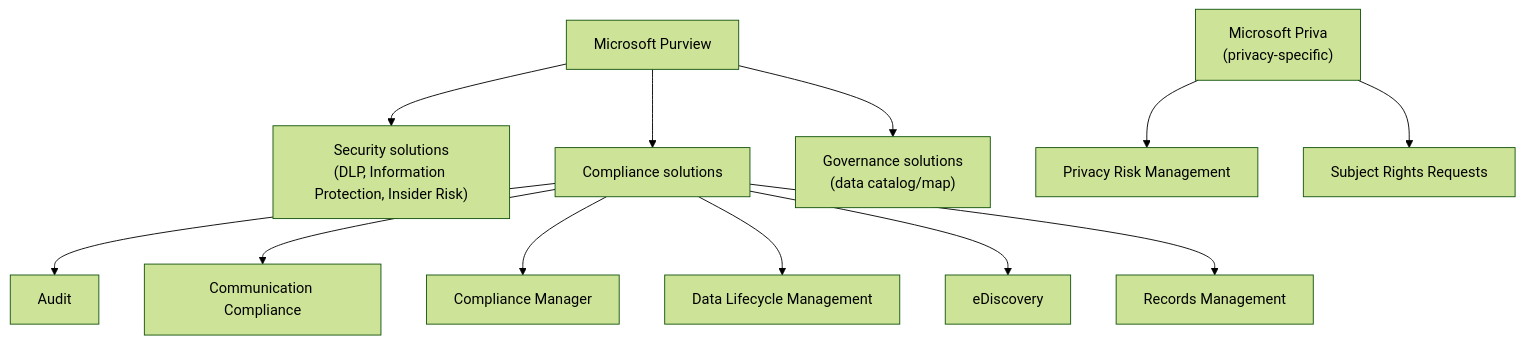
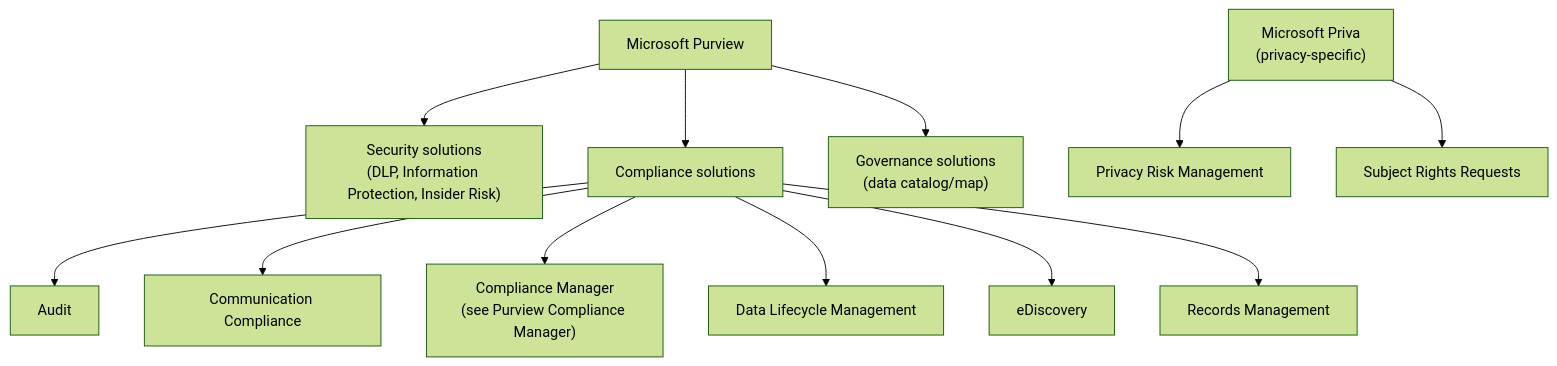
The first of 2 diagrams in 06 Governance/Compliance and Privacy.md (DhruvKai/SC-100), drawn with Mermaid (forest theme) before and after one commit. The commit also changed other lines of this file and 18 other files, not shown here.

First line of the commit message:
Add privileged access tiering, AdminSDHolder, Purview Compliance Manager, SQL data protection, DKE, and Defender for Cloud compliance/API notes

````diff
--- a/06 Governance/Compliance and Privacy.md
+++ b/06 Governance/Compliance and Privacy.md
@@ -45,16 +45,16 @@
 ```mermaid
 flowchart TD
     Purview2["Microsoft Purview"] --> Sec["Security solutions<br/>(DLP, Information Protection, Insider Risk)"]
     Purview2 --> Comp["Compliance solutions"]
     Purview2 --> Gov["Governance solutions<br/>(data catalog/map)"]
 
     Comp --> Audit["Audit"]
     Comp --> CC["Communication Compliance"]
-    Comp --> CM["Compliance Manager"]
+    Comp --> CM["Compliance Manager<br/>(see Purview Compliance Manager)"]
     Comp --> DLM["Data Lifecycle Management"]
     Comp --> ED["eDiscovery"]
     Comp --> RM["Records Management"]
 
     Priva["Microsoft Priva<br/>(privacy-specific)"] --> PRM["Privacy Risk Management"]
     Priva --> SRR["Subject Rights Requests"]
 ```
````
